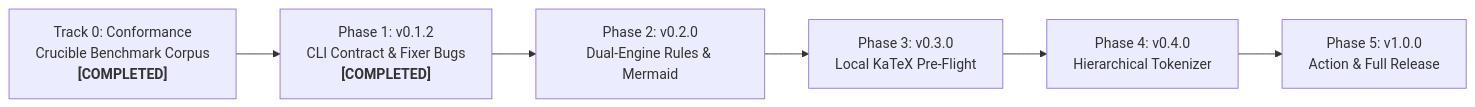
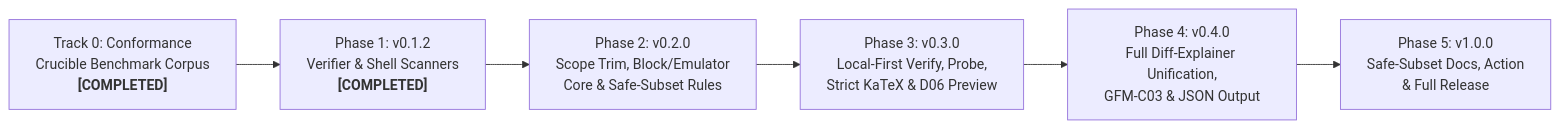
The fifth of 5 diagrams in ROADMAP.md (jacobhammond/gfm-math-lint), drawn with Mermaid before and after one commit. The commit also changed other lines of this file, not shown here.

Commit message:
updating roadmap with retrospective

````diff
--- a/ROADMAP.md
+++ b/ROADMAP.md
@@ -525,8 +646,8 @@
 ```mermaid
 flowchart LR
-    P0["Track 0: Conformance<br/>Crucible Benchmark Corpus<br/><b>[COMPLETED]</b>"] --> P1["Phase 1: v0.1.2<br/>CLI Contract & Fixer Bugs<br/><b>[COMPLETED]</b>"]
-    P1 --> P2["Phase 2: v0.2.0<br/>Dual-Engine Rules & Mermaid"]
-    P2 --> P3["Phase 3: v0.3.0<br/>Local KaTeX Pre-Flight"]
-    P3 --> P4["Phase 4: v0.4.0<br/>Hierarchical Tokenizer"]
-    P4 --> P5["Phase 5: v1.0.0<br/>Action & Full Release"]
+    P0["Track 0: Conformance<br/>Crucible Benchmark Corpus<br/><b>[COMPLETED]</b>"] --> P1["Phase 1: v0.1.2<br/>Verifier & Shell Scanners<br/><b>[COMPLETED]</b>"]
+    P1 --> P2["Phase 2: v0.2.0<br/>Scope Trim, Block/Emulator<br/>Core & Safe-Subset Rules"]
+    P2 --> P3["Phase 3: v0.3.0<br/>Local-First Verify, Probe,<br/>Strict KaTeX & D06 Preview"]
+    P3 --> P4["Phase 4: v0.4.0<br/>Full Diff-Explainer Unification,<br/>GFM-C03 & JSON Output"]
+    P4 --> P5["Phase 5: v1.0.0<br/>Safe-Subset Docs, Action<br/>& Full Release"]
 ```
````
